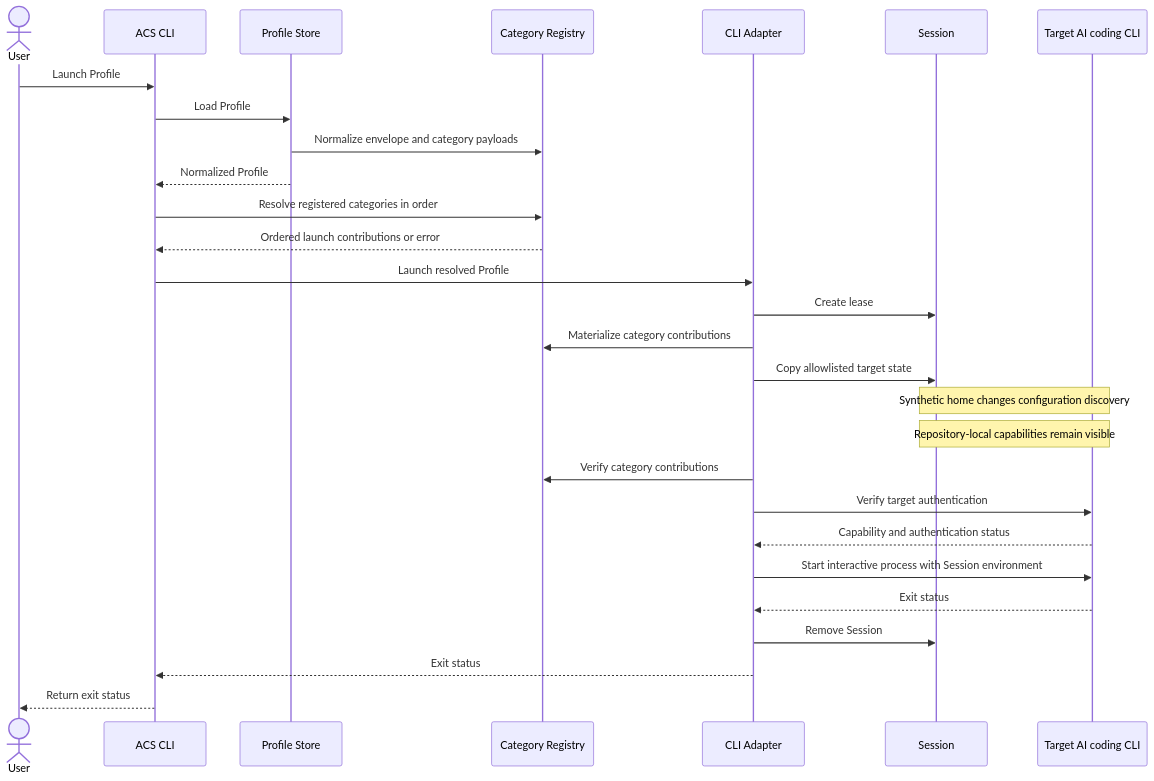
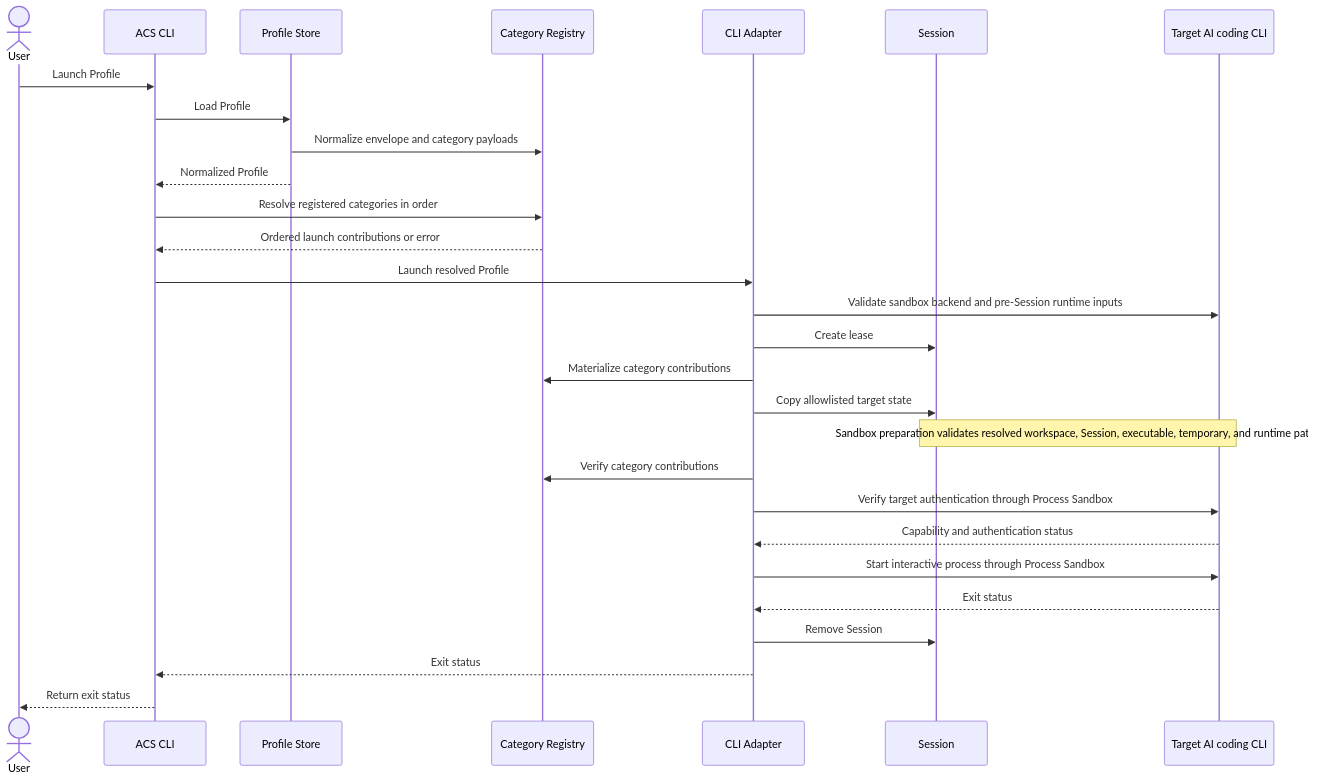
The second of 2 diagrams in docs/architecture.md (alcimerio/ai-config-selector), drawn with Mermaid before and after one commit. The commit also changed other lines of this file and 18 other files, not shown here.

Commit message:
feat(launch): add shared process sandbox layer (#65)

````diff
--- a/docs/architecture.md
+++ b/docs/architecture.md
@@ -191,31 +192,31 @@
 ```mermaid
 sequenceDiagram
     actor User
     participant ACS as ACS CLI
     participant Store as Profile Store
     participant Registry as Category Registry
     participant Adapter as CLI Adapter
     participant Session
     participant Target as Target AI coding CLI
 
     User->>ACS: Launch Profile
     ACS->>Store: Load Profile
     Store->>Registry: Normalize envelope and category payloads
     Store-->>ACS: Normalized Profile
     ACS->>Registry: Resolve registered categories in order
     Registry-->>ACS: Ordered launch contributions or error
     ACS->>Adapter: Launch resolved Profile
+    Adapter->>Target: Validate sandbox backend and pre-Session runtime inputs
     Adapter->>Session: Create lease
     Adapter->>Registry: Materialize category contributions
     Adapter->>Session: Copy allowlisted target state
-    Note over Session,Target: Synthetic home changes configuration discovery
-    Note over Session,Target: Repository-local capabilities remain visible
+    Note over Session,Target: Sandbox preparation validates resolved workspace, Session, executable, temporary, and runtime paths
     Adapter->>Registry: Verify category contributions
-    Adapter->>Target: Verify target authentication
+    Adapter->>Target: Verify target authentication through Process Sandbox
     Target-->>Adapter: Capability and authentication status
-    Adapter->>Target: Start interactive process with Session environment
+    Adapter->>Target: Start interactive process through Process Sandbox
     Target-->>Adapter: Exit status
     Adapter->>Session: Remove Session
     Adapter-->>ACS: Exit status
     ACS-->>User: Return exit status
 ```
````
